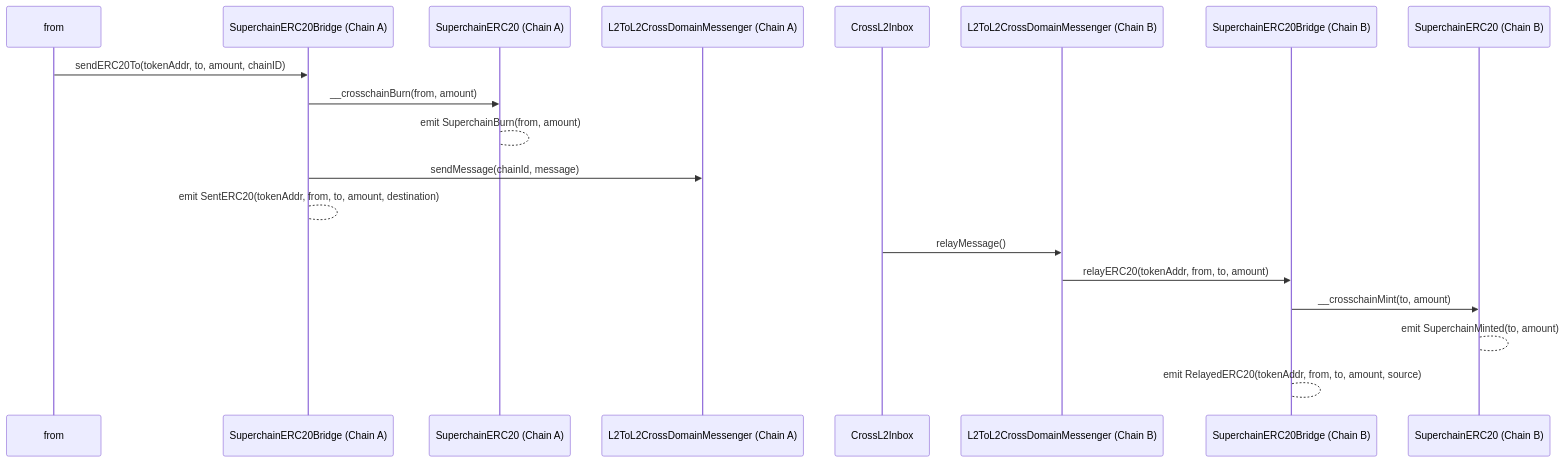
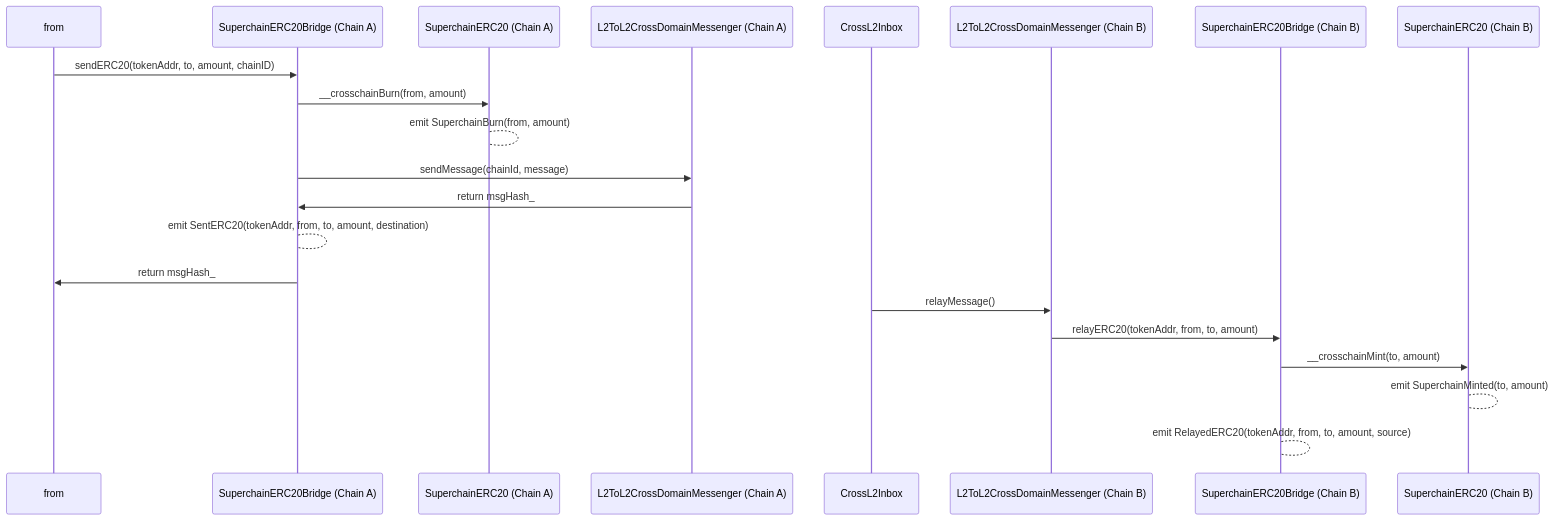
One commit to ethereum-optimism/specs changed the third of 3 diagrams in specs/interop/predeploys.md. Above: the diagram before and after it, drawn with Mermaid. The commit also changed other lines of this file and 1 other file, not shown here.

Commit message:
fix: adding return hash and fixing event tenses

````diff
--- a/specs/interop/predeploys.md
+++ b/specs/interop/predeploys.md
@@ -908,22 +910,24 @@
 ```mermaid
 sequenceDiagram
   participant from
   participant L2SBA as SuperchainERC20Bridge (Chain A)
   participant SuperERC20_A as SuperchainERC20 (Chain A)
   participant Messenger_A as L2ToL2CrossDomainMessenger (Chain A)
   participant Inbox as CrossL2Inbox
   participant Messenger_B as L2ToL2CrossDomainMessenger (Chain B)
   participant L2SBB as SuperchainERC20Bridge (Chain B)
   participant SuperERC20_B as SuperchainERC20 (Chain B)
 
-  from->>L2SBA: sendERC20To(tokenAddr, to, amount, chainID)
+  from->>L2SBA: sendERC20(tokenAddr, to, amount, chainID)
   L2SBA->>SuperERC20_A: __crosschainBurn(from, amount)
   SuperERC20_A-->SuperERC20_A: emit SuperchainBurn(from, amount)
   L2SBA->>Messenger_A: sendMessage(chainId, message)
+  Messenger_A->>L2SBA: return msgHash_ 
   L2SBA-->L2SBA: emit SentERC20(tokenAddr, from, to, amount, destination)
+  L2SBA->>from: return msgHash_ 
   Inbox->>Messenger_B: relayMessage()
   Messenger_B->>L2SBB: relayERC20(tokenAddr, from, to, amount)
   L2SBB->>SuperERC20_B: __crosschainMint(to, amount)
   SuperERC20_B-->SuperERC20_B: emit SuperchainMinted(to, amount)
   L2SBB-->L2SBB: emit RelayedERC20(tokenAddr, from, to, amount, source)
 ```
````
